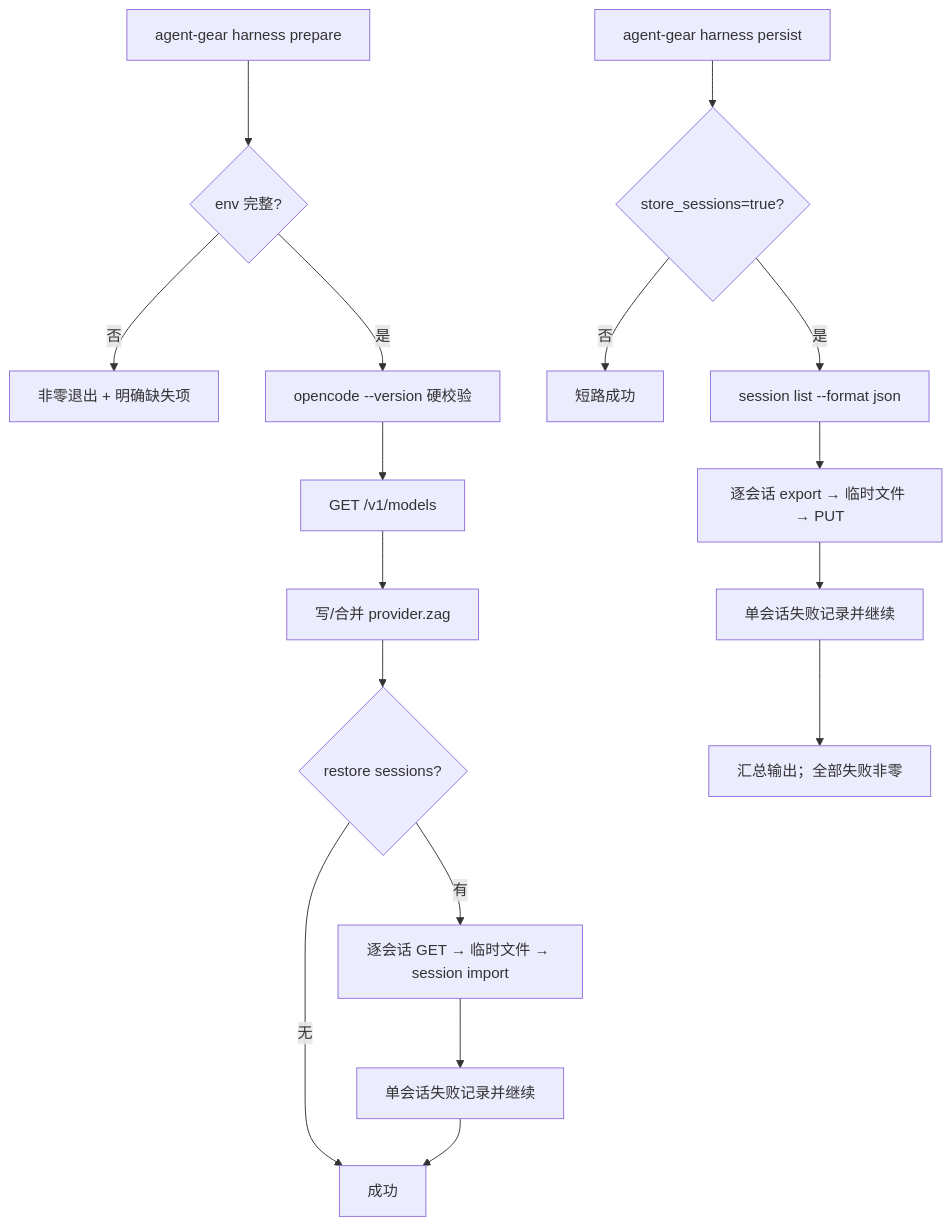
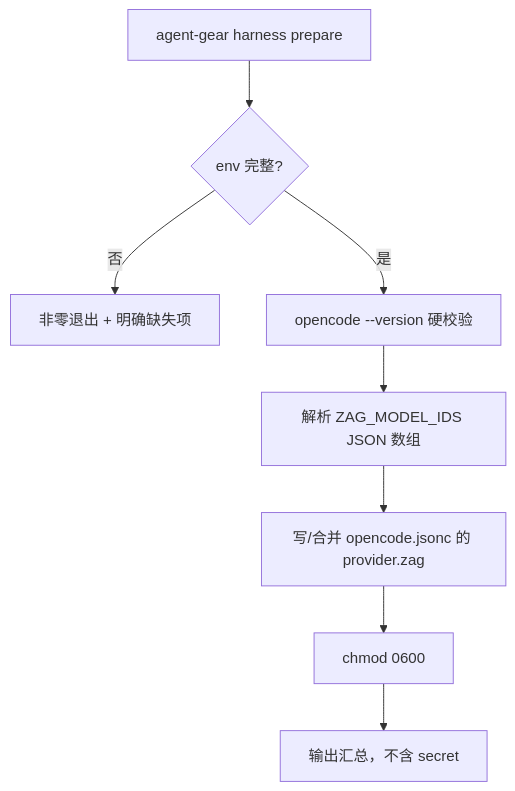
The fifth of 6 diagrams in docs/engineering/plan/20261020-feat-container-harness-support.md (Deliay/z-agent-gear), drawn with Mermaid before and after one commit. The commit also changed other lines of this file and 1 other file, not shown here.

Commit message:
docs(plan): 容器启动任务支持 harness 类型实现计划 v2.0（按 PRD/提案 v3.0 整体重排：前台云主机/主机同构/标准会话）

````diff
--- a/docs/engineering/plan/20261020-feat-container-harness-support.md
+++ b/docs/engineering/plan/20261020-feat-container-harness-support.md
@@ -583,20 +600,10 @@
 ```mermaid
 flowchart TD
     A[agent-gear harness prepare] --> B{env 完整?}
     B -->|否| X[非零退出 + 明确缺失项]
     B -->|是| C[opencode --version 硬校验]
-    C --> D[GET /v1/models]
-    D --> E[写/合并 provider.zag]
-    E --> F{restore sessions?}
-    F -->|无| G[成功]
-    F -->|有| H[逐会话 GET → 临时文件 → session import]
-    H --> I[单会话失败记录并继续]
-    I --> G
-
-    J[agent-gear harness persist] --> K{store_sessions=true?}
-    K -->|否| L[短路成功]
-    K -->|是| M[session list --format json]
-    M --> N[逐会话 export → 临时文件 → PUT]
-    N --> O[单会话失败记录并继续]
-    O --> P[汇总输出；全部失败非零]
+    C --> D[解析 ZAG_MODEL_IDS JSON 数组]
+    D --> E[写/合并 opencode.jsonc 的 provider.zag]
+    E --> F[chmod 0600]
+    F --> G[输出汇总，不含 secret]
 ```
````
